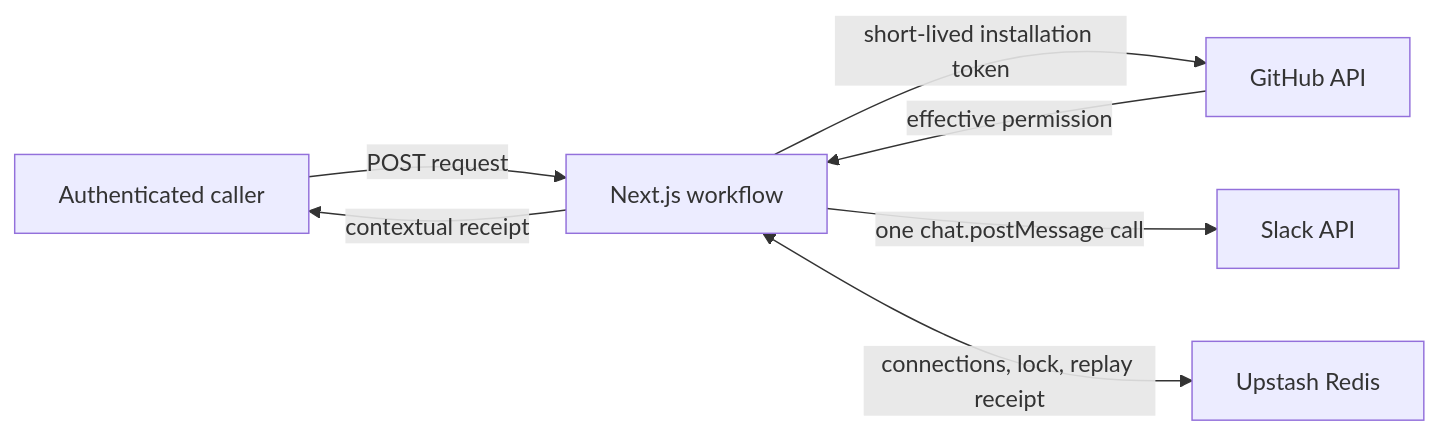
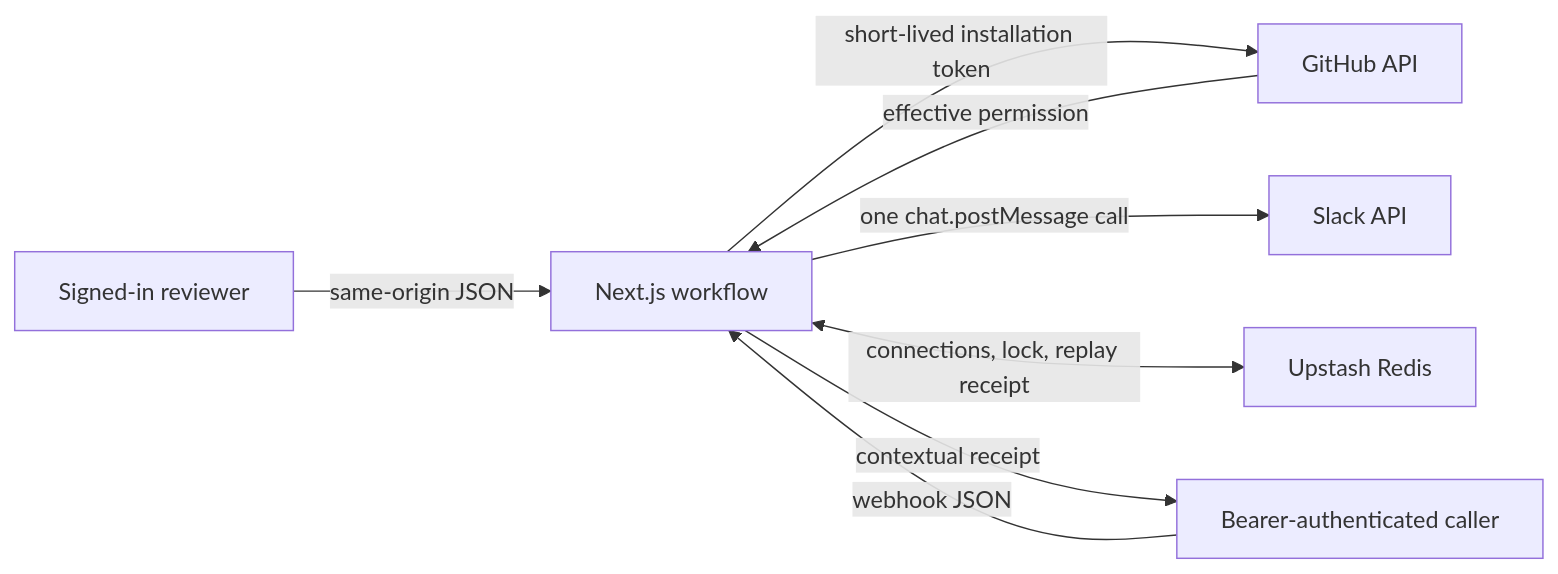
The diagram in README.md (drinman/github-access-triage), drawn with Mermaid before and after one commit. The commit also changed other lines of this file and 15 other files, not shown here.

````diff
--- a/README.md
+++ b/README.md
@@ -87,9 +107,10 @@
 ```mermaid
 flowchart LR
-  C["Authenticated caller"] -->|"POST request"| A["Next.js workflow"]
+  H["Signed-in reviewer"] -->|"same-origin JSON"| A["Next.js workflow"]
+  C["Bearer-authenticated caller"] -->|"webhook JSON"| A
   A -->|"short-lived installation token"| G["GitHub API"]
   G -->|"effective permission"| A
   A -->|"one chat.postMessage call"| S["Slack API"]
   A <-->|"connections, lock, replay receipt"| R["Upstash Redis"]
   A -->|"contextual receipt"| C
 ```
````
